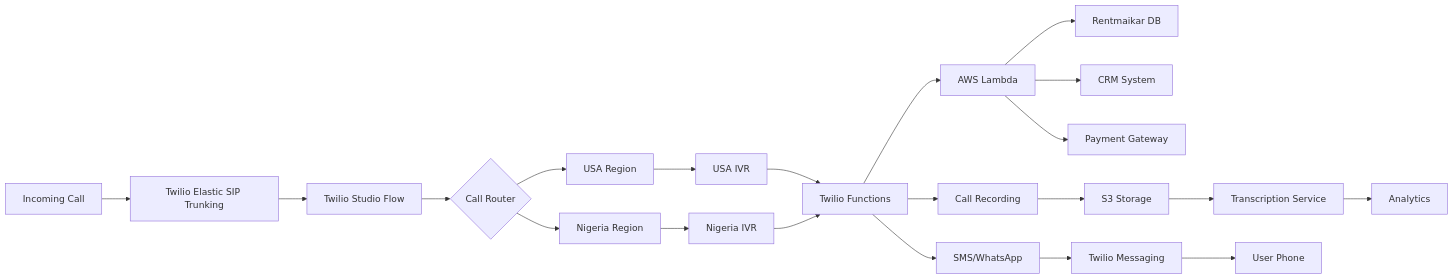
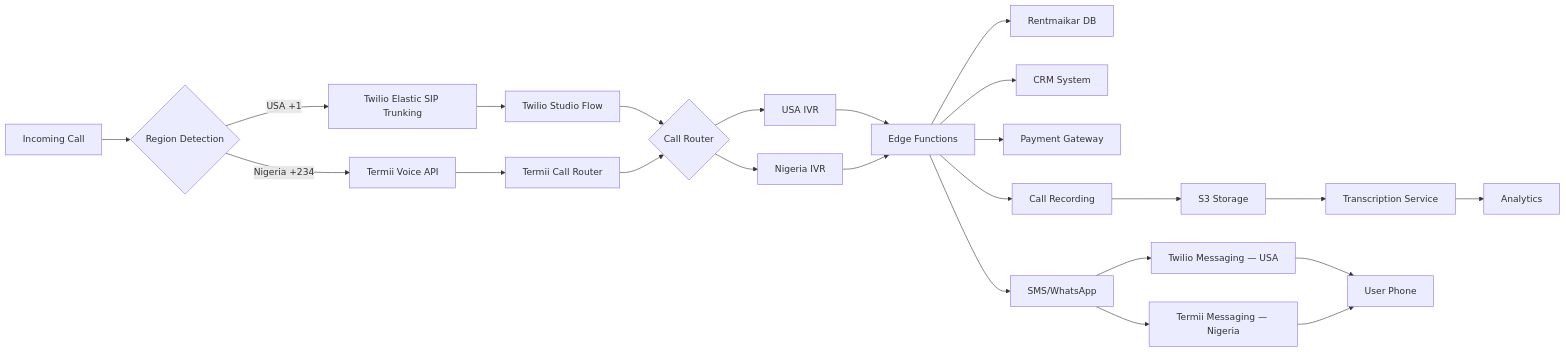
One commit to beresdowds-afk/rentmaikar changed the diagram in src/docs/call-infrastructure-reference.md. Above: the diagram before and after it, drawn with Mermaid. The commit also changed other lines of this file and 6 other files, not shown here.

````diff
--- a/src/docs/call-infrastructure-reference.md
+++ b/src/docs/call-infrastructure-reference.md
@@ -3,29 +3,34 @@
 ```mermaid
 graph LR
-    A[Incoming Call] --> B[Twilio Elastic SIP Trunking]
-    B --> C[Twilio Studio Flow]
+    A[Incoming Call] --> B{Region Detection}
     
-    C --> D{Call Router}
-    D --> E[USA Region]
-    D --> F[Nigeria Region]
+    B -->|USA +1| C[Twilio Elastic SIP Trunking]
+    B -->|Nigeria +234| D[Termii Voice API]
     
-    E --> G[USA IVR]
-    F --> H[Nigeria IVR]
+    C --> E[Twilio Studio Flow]
+    D --> F[Termii Call Router]
     
-    G --> I[Twilio Functions]
-    H --> I
+    E --> G{Call Router}
+    F --> G
     
-    I --> J[AWS Lambda]
+    G --> H[USA IVR]
+    G --> I[Nigeria IVR]
+    
+    H --> J[Edge Functions]
+    I --> J
+    
     J --> K[Rentmaikar DB]
     J --> L[CRM System]
     J --> M[Payment Gateway]
     
-    I --> N[Call Recording]
+    J --> N[Call Recording]
     N --> O[S3 Storage]
     O --> P[Transcription Service]
     P --> Q[Analytics]
     
-    I --> R[SMS/WhatsApp]
-    R --> S[Twilio Messaging]
-    S --> T[User Phone]
+    J --> R[SMS/WhatsApp]
+    R --> S1[Twilio Messaging — USA]
+    R --> S2[Termii Messaging — Nigeria]
+    S1 --> T[User Phone]
+    S2 --> T
 ```
````
